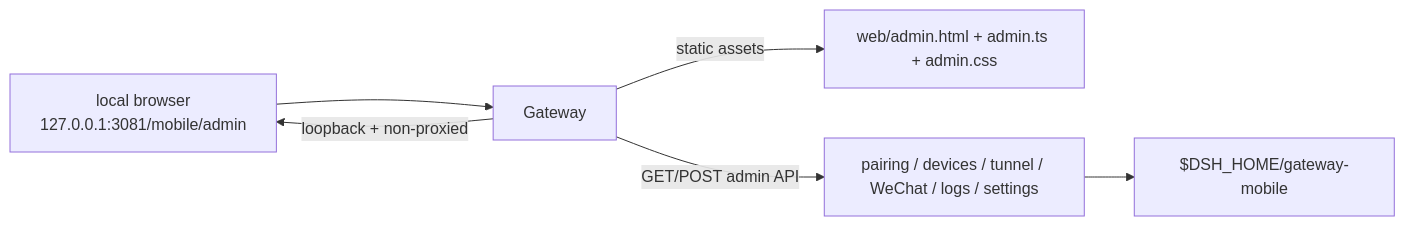
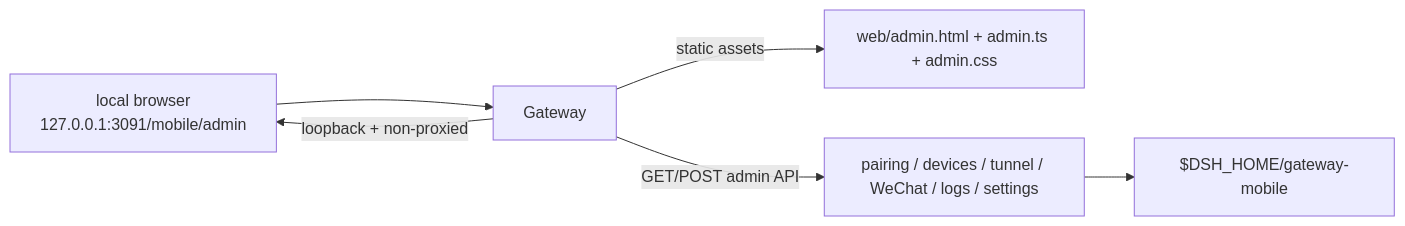
One commit to open2ai/dsh-gateway-mobile changed the tenth of 10 diagrams in docs/architecture-flow.md. Above: the diagram before and after it, drawn with Mermaid. The commit also changed other lines of this file and 39 other files, not shown here.

````diff
--- a/docs/architecture-flow.md
+++ b/docs/architecture-flow.md
@@ -380,8 +380,8 @@
 ```mermaid
 flowchart LR
-  Admin["local browser<br/>127.0.0.1:3081/mobile/admin"] --> Gateway["Gateway"]
+  Admin["local browser<br/>127.0.0.1:3091/mobile/admin"] --> Gateway["Gateway"]
   Gateway -->|static assets| Web["web/admin.html + admin.ts + admin.css"]
   Gateway -->|GET/POST admin API| Services["pairing / devices / tunnel / WeChat / logs / settings"]
   Services --> Store["$DSH_HOME/gateway-mobile"]
   Gateway -->|loopback + non-proxied| Admin
 ```
````
